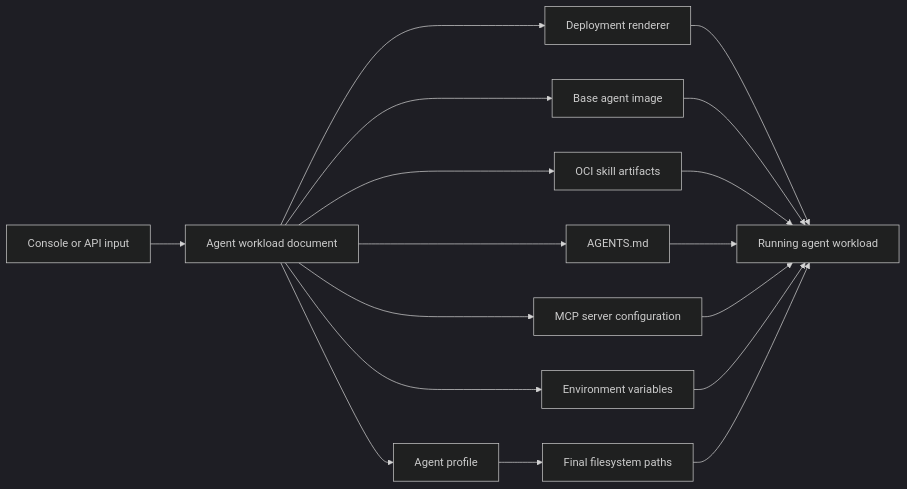
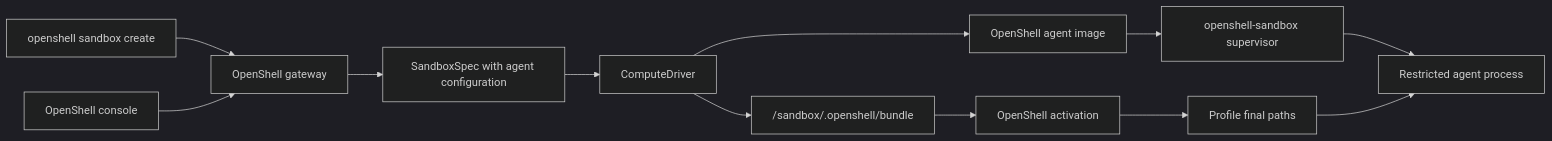
The diagram in rfc/0005-agent-image-configuration-deployment-contract/README.md (amfred/OpenShell), drawn with Mermaid (dark theme) before and after one commit. The commit also changed other lines of this file and 3 other files, not shown here.

Commit message:
docs(rfc): focus agent image contract on OpenShell

````diff
--- a/rfc/0005-agent-image-configuration-deployment-contract/README.md
+++ b/rfc/0005-agent-image-configuration-deployment-contract/README.md
@@ -102,19 +153,14 @@
 ```mermaid
 flowchart LR
-    UI["Console or API input"] --> Contract["Agent workload document"]
-    Contract --> Image["Base agent image"]
-    Contract --> Skills["OCI skill artifacts"]
-    Contract --> Instructions["AGENTS.md"]
-    Contract --> MCP["MCP server configuration"]
-    Contract --> Env["Environment variables"]
-    Contract --> Profile["Agent profile"]
-    Profile --> Paths["Final filesystem paths"]
-    Contract --> Renderer["Deployment renderer"]
-    Renderer --> Runtime["Running agent workload"]
-    Image --> Runtime
-    Skills --> Runtime
-    Instructions --> Runtime
-    MCP --> Runtime
-    Env --> Runtime
-    Paths --> Runtime
+    CLI["openshell sandbox create"] --> Gateway["OpenShell gateway"]
+    UI["OpenShell console"] --> Gateway
+    Gateway --> Spec["SandboxSpec with agent configuration"]
+    Spec --> Driver["ComputeDriver"]
+    Driver --> Image["OpenShell agent image"]
+    Driver --> Bundle["/sandbox/.openshell/bundle"]
+    Bundle --> Activation["OpenShell activation"]
+    Activation --> Paths["Profile final paths"]
+    Image --> Supervisor["openshell-sandbox supervisor"]
+    Supervisor --> Agent["Restricted agent process"]
+    Paths --> Agent
 ```
````
